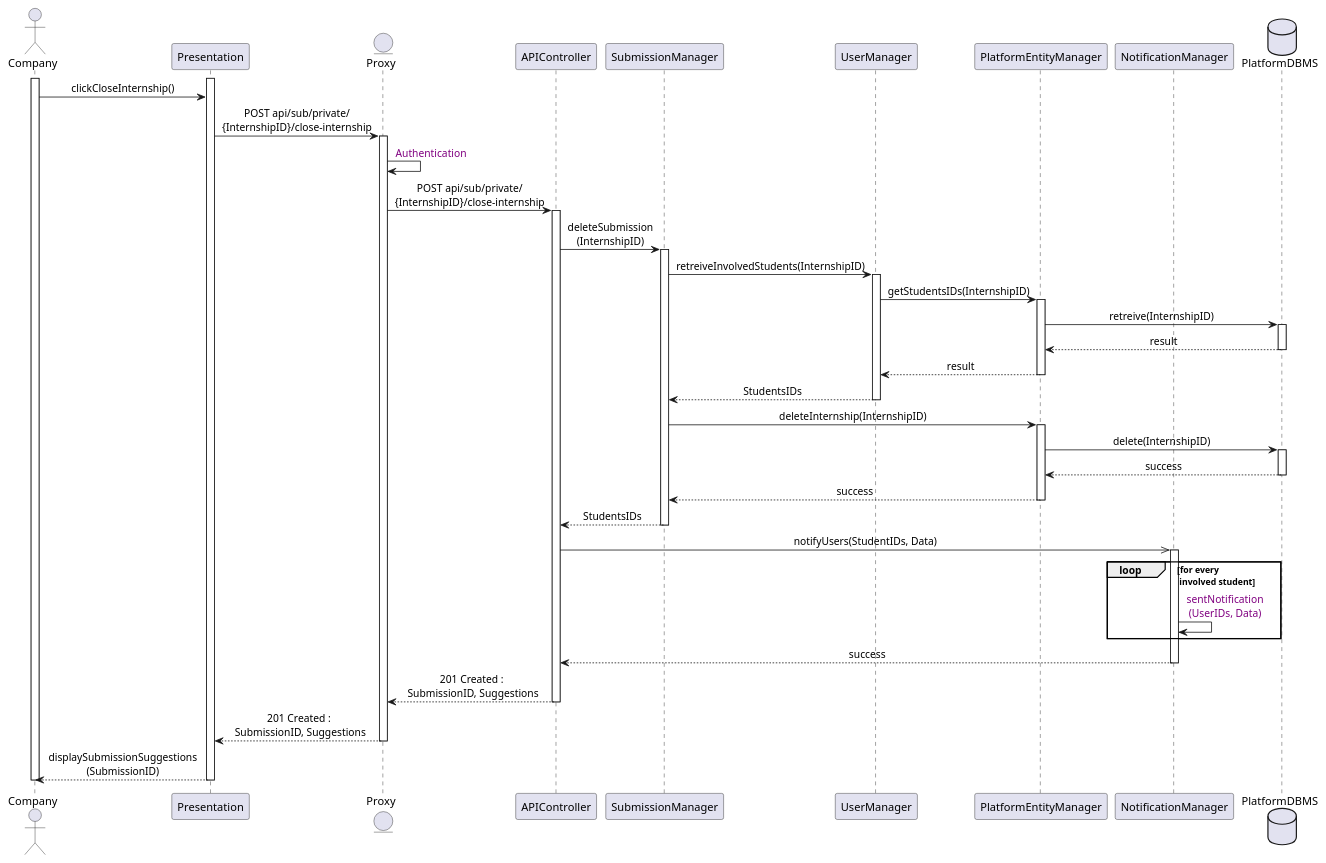
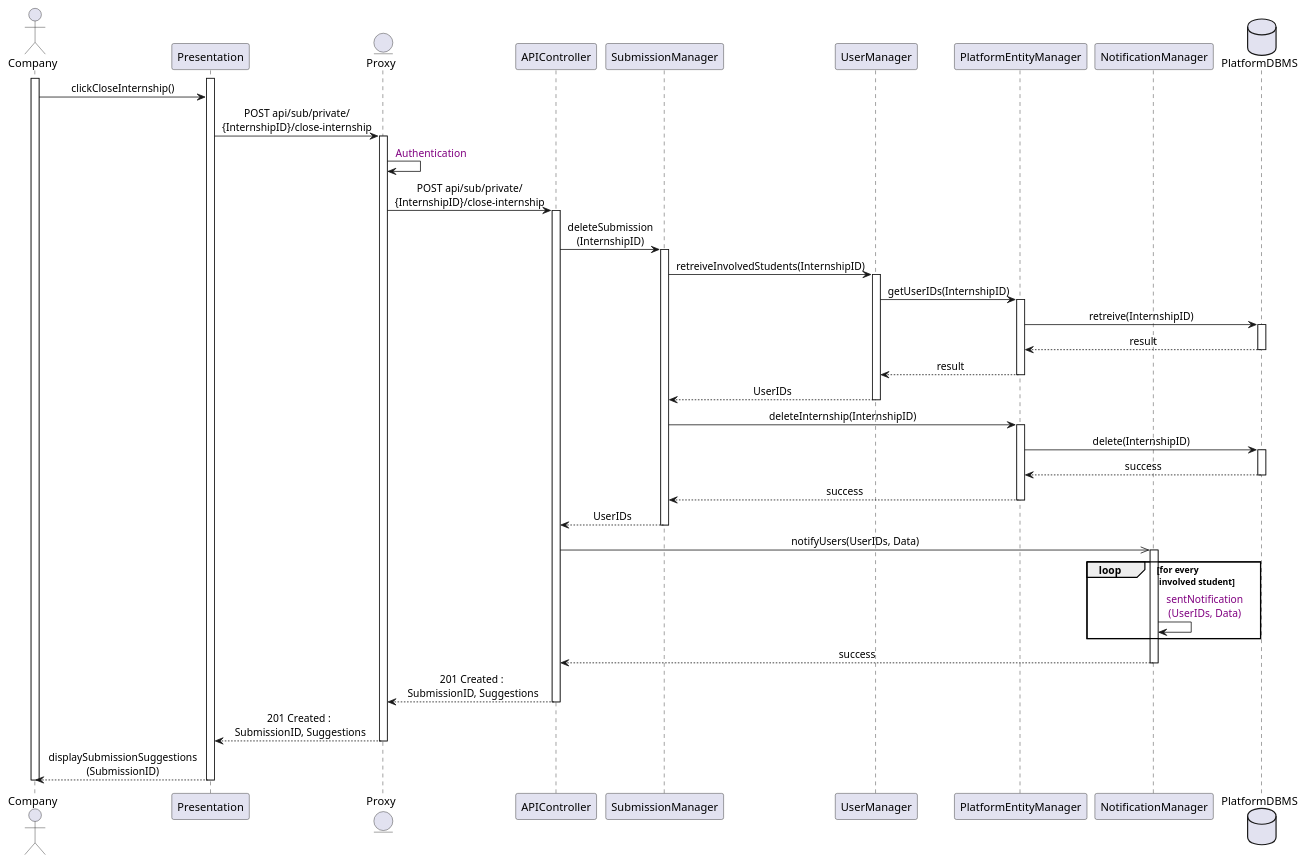
The diagram in Diagrams/SequenceDiagrams/DD/24CompanyClosesInternshipOffer.wsd (Slaitroc/RicciPaoliGrisoni), drawn with PlantUML before and after one commit. The commit also changed 7 other files, not shown here.

Commit message:
Minor DD Sequences Fixes

```diff
--- a/Diagrams/SequenceDiagrams/DD/24CompanyClosesInternshipOffer.wsd
+++ b/Diagrams/SequenceDiagrams/DD/24CompanyClosesInternshipOffer.wsd
@@ -1,53 +1,53 @@
 @startuml CompanySubmission
 skinparam sequenceMessageAlign center
 actor       Company
 participant Presentation
 entity      Proxy
 participant APIController
 participant SubmissionManager
 participant UserManager
 participant PlatformEntityManager
 participant NotificationManager
 database    PlatformDBMS
 
 activate Company
 activate Presentation
 Company -> Presentation : clickCloseInternship()
 Presentation -> Proxy ++ : POST api/sub/private/\n{InternshipID}/close-internship
 Proxy -> Proxy  : <color:purple> Authentication
 Proxy -> APIController ++ : POST api/sub/private/\n{InternshipID}/close-internship
 APIController -> SubmissionManager : deleteSubmission\n(InternshipID)
 activate SubmissionManager
 SubmissionManager -> UserManager : retreiveInvolvedStudents(InternshipID)
 activate UserManager
-UserManager -> PlatformEntityManager ++ : getStudentsIDs(InternshipID)
+UserManager -> PlatformEntityManager ++ : getUserIDs(InternshipID)
 PlatformEntityManager -> PlatformDBMS : retreive(InternshipID)
 activate PlatformDBMS
 PlatformDBMS --> PlatformEntityManager -- : result
 PlatformEntityManager --> UserManager -- : result
-UserManager --> SubmissionManager -- : StudentsIDs
+UserManager --> SubmissionManager -- : UserIDs
 
 SubmissionManager -> PlatformEntityManager : deleteInternship(InternshipID)
 activate PlatformEntityManager
 PlatformEntityManager -> PlatformDBMS : delete(InternshipID)
 activate PlatformDBMS
 PlatformDBMS --> PlatformEntityManager : success
 deactivate PlatformDBMS
 PlatformEntityManager --> SubmissionManager : success 
 deactivate PlatformEntityManager
 
-SubmissionManager --> APIController : StudentsIDs
+SubmissionManager --> APIController : UserIDs
 deactivate SubmissionManager
-APIController ->> NotificationManager ++ : notifyUsers(StudentIDs, Data)
+APIController ->> NotificationManager ++ : notifyUsers(UserIDs, Data)
 loop for every\n involved student
     NotificationManager -> NotificationManager : <color:purple> sentNotification\n <color:purple>(UserIDs, Data)
 end
 NotificationManager --> APIController -- : success
 APIController --> Proxy : 201 Created :\n SubmissionID, Suggestions
 deactivate APIController
 Proxy --> Presentation : 201 Created :\n SubmissionID, Suggestions
 deactivate Proxy
 Presentation --> Company : displaySubmissionSuggestions\n(SubmissionID)
 deactivate Presentation
 deactivate Company
 @enduml
```
